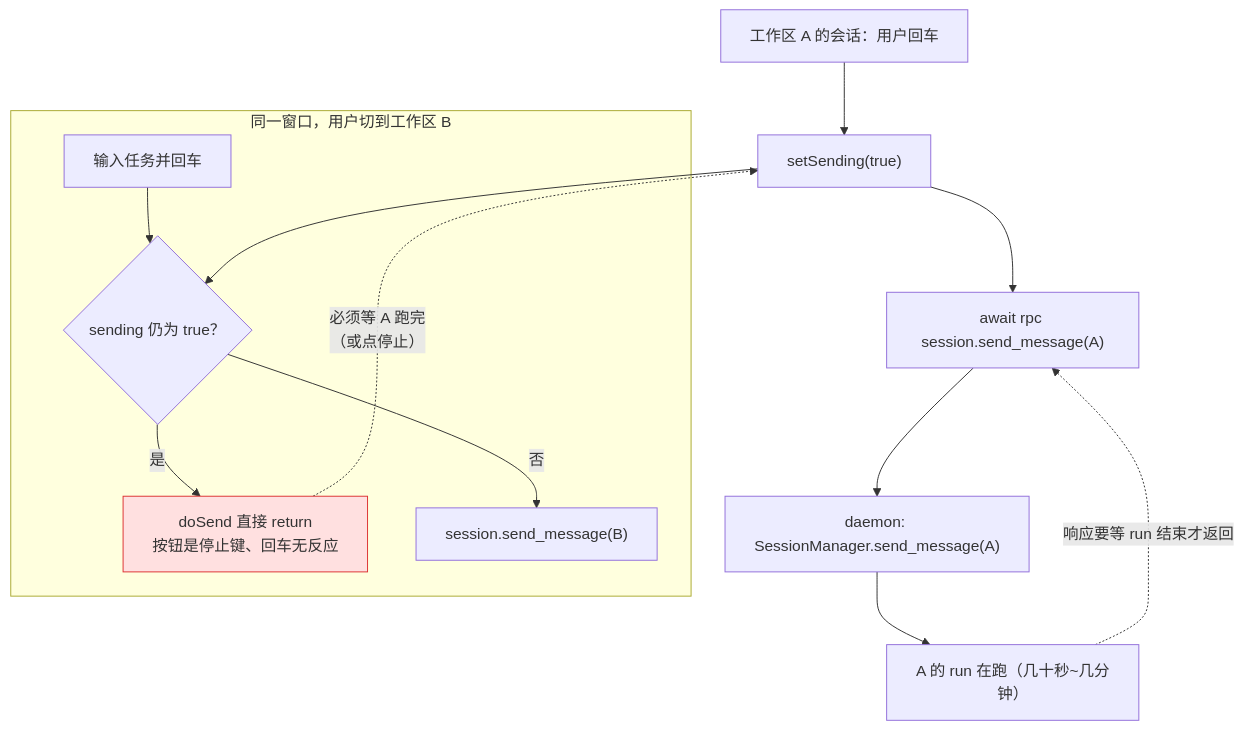
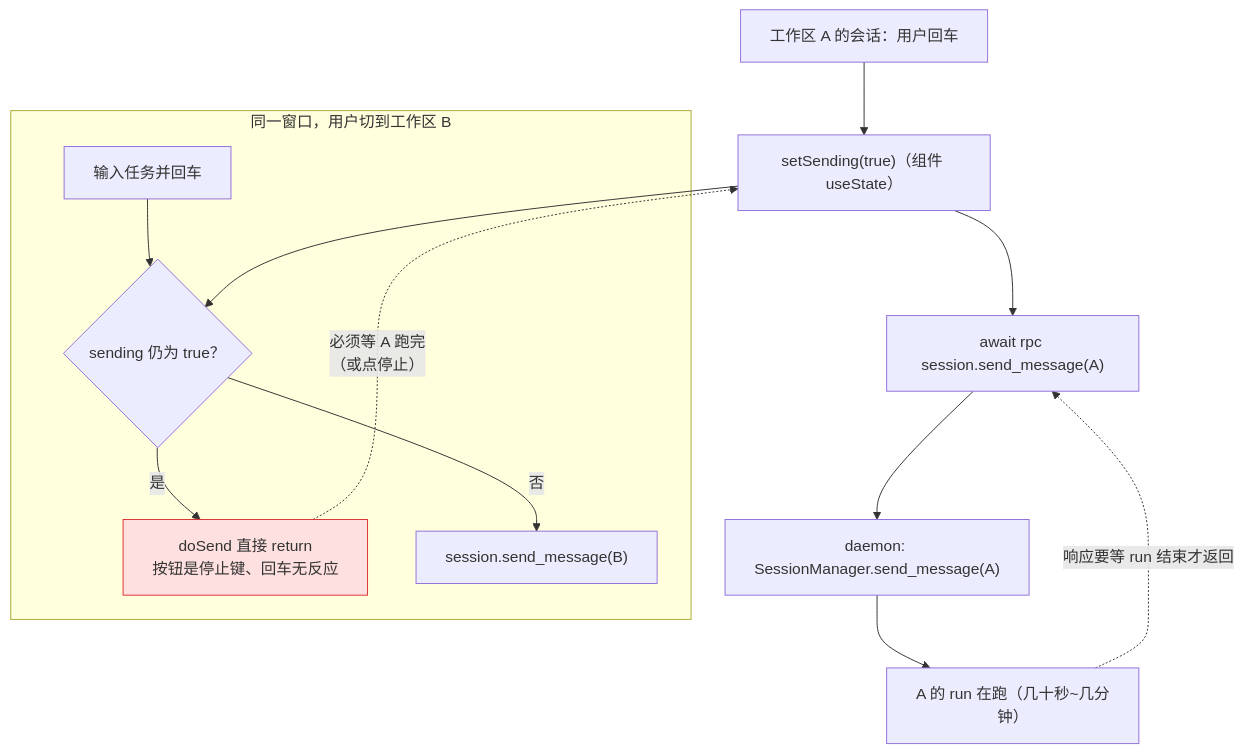
One commit to longer1225/IwanClaude changed the first of 2 diagrams in 项目学习图/17-质量评估-多工作区并行能力.md. Above: the diagram before and after it, drawn with Mermaid. The commit also changed other lines of this file and 6 other files, not shown here.

````diff
--- a/项目学习图/17-质量评估-多工作区并行能力.md
+++ b/项目学习图/17-质量评估-多工作区并行能力.md
@@ -39,18 +54,18 @@
 ```mermaid
 flowchart TD
-    A["工作区 A 的会话：用户回车"] --> S1["setSending(true)"]
+    A["工作区 A 的会话：用户回车"] --> S1["setSending(true)（组件 useState）"]
     S1 --> R1["await rpc session.send_message(A)"]
     R1 --> D1["daemon: SessionManager.send_message(A)"]
     D1 --> RUN1["A 的 run 在跑（几十秒~几分钟）"]
     RUN1 -.->|响应要等 run 结束才返回| R1
 
     subgraph USER["同一窗口，用户切到工作区 B"]
         B1["输入任务并回车"] --> G{"sending 仍为 true？"}
         G -- "是" --> X["doSend 直接 return<br/>按钮是停止键、回车无反应"]
         G -- "否" --> R2["session.send_message(B)"]
     end
     S1 --> G
     X -.->|"必须等 A 跑完<br/>（或点停止）"| S1
 
     style X fill:#ffe0e0,stroke:#d33
 ```
````
